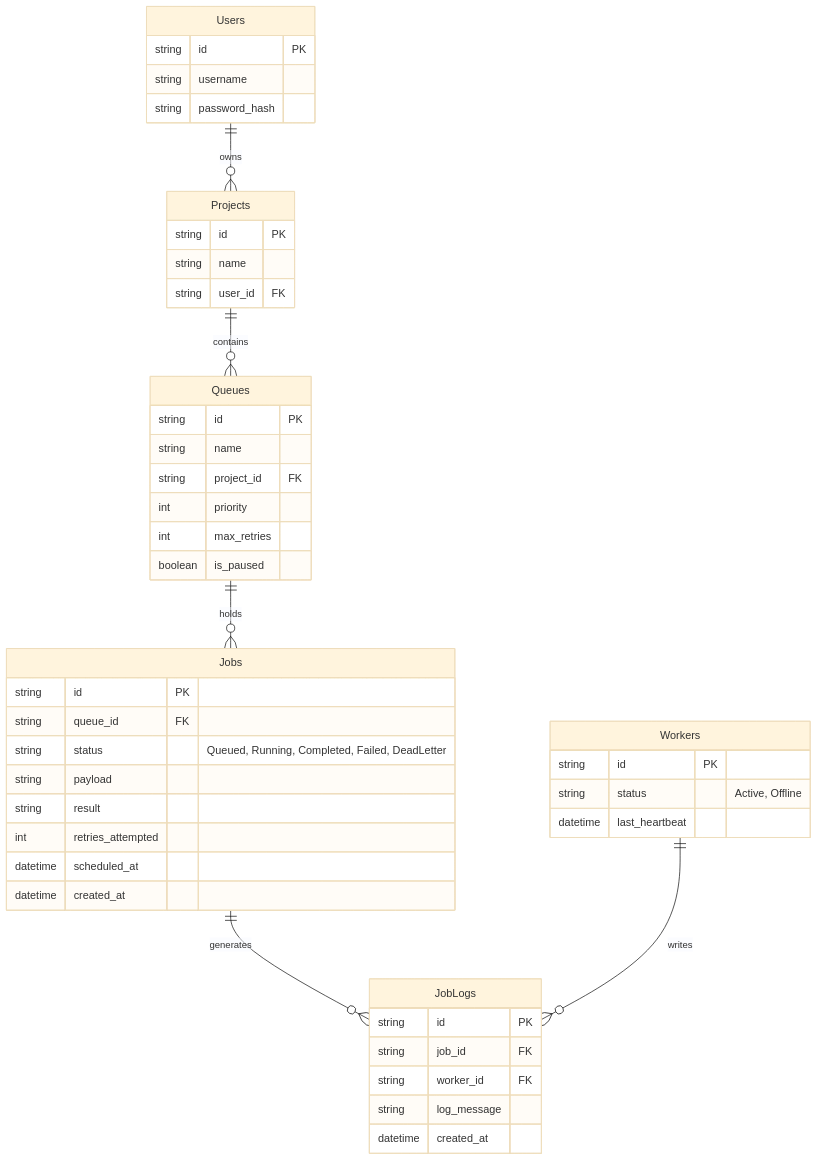
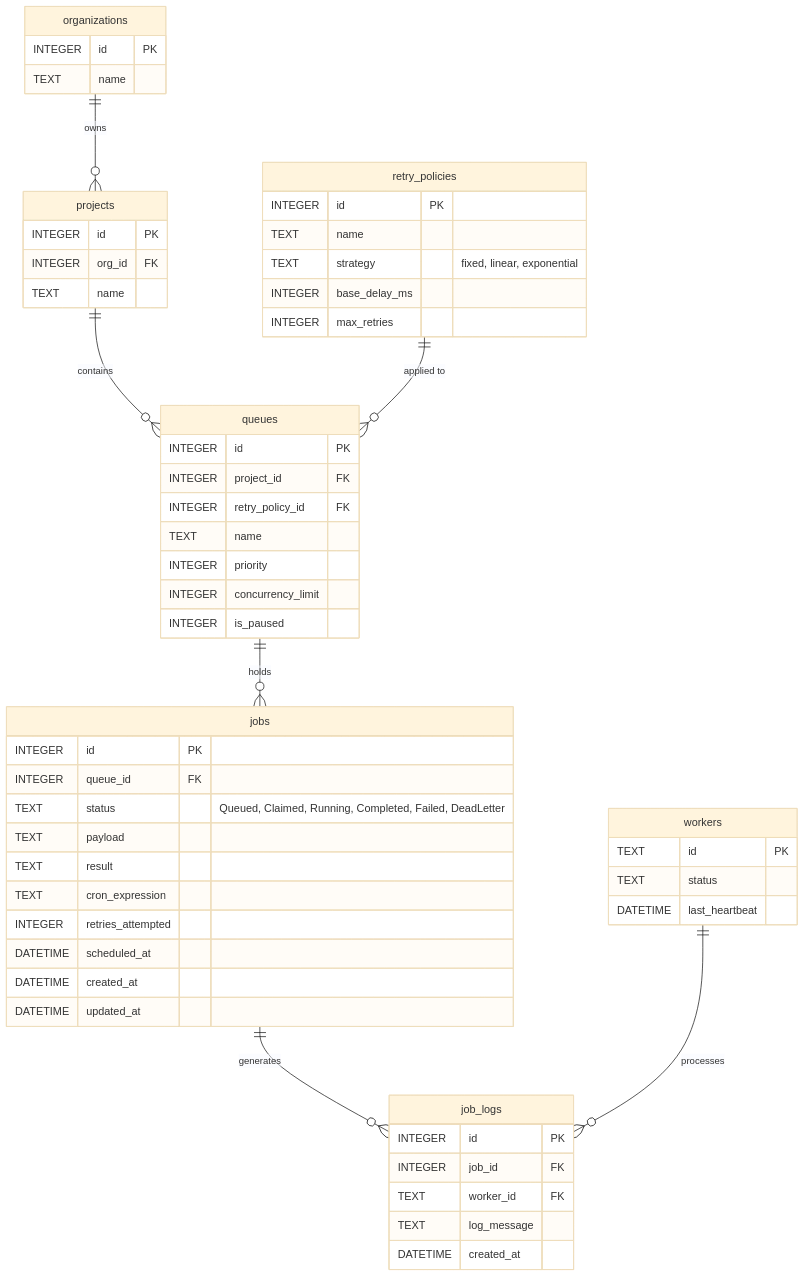
Before and after one commit to bhav1010/Distributed-Job-Scheduler: the diagram in docs/er_diagram.md, drawn with Mermaid (base theme). The commit also changed other lines of this file and 4 other files, not shown here.

Commit message:
Finalize missing rubric items: Worker Concurrency limits, manual retry, execution logs, delayed jobs, and DB indexes

````diff
--- a/docs/er_diagram.md
+++ b/docs/er_diagram.md
@@ -3,54 +5,64 @@
 ```mermaid
 erDiagram
-    Users {
-        string id PK
-        string username
-        string password_hash
-    }
-    
-    Projects {
-        string id PK
-        string name
-        string user_id FK
-    }
-    
-    Queues {
-        string id PK
-        string name
-        string project_id FK
-        int priority
-        int max_retries
-        boolean is_paused
-    }
-    
-    Jobs {
-        string id PK
-        string queue_id FK
-        string status "Queued, Running, Completed, Failed, DeadLetter"
-        string payload
-        string result
-        int retries_attempted
-        datetime scheduled_at
-        datetime created_at
+    organizations ||--o{ projects : "owns"
+    organizations {
+        INTEGER id PK
+        TEXT name
     }
 
-    Workers {
-        string id PK
-        string status "Active, Offline"
-        datetime last_heartbeat
+    projects ||--o{ queues : "contains"
+    projects {
+        INTEGER id PK
+        INTEGER org_id FK
+        TEXT name
     }
 
-    JobLogs {
-        string id PK
-        string job_id FK
-        string worker_id FK
-        string log_message
-        datetime created_at
+    retry_policies ||--o{ queues : "applied to"
+    retry_policies {
+        INTEGER id PK
+        TEXT name
+        TEXT strategy "fixed, linear, exponential"
+        INTEGER base_delay_ms
+        INTEGER max_retries
     }
 
-    Users ||--o{ Projects : owns
-    Projects ||--o{ Queues : contains
-    Queues ||--o{ Jobs : holds
-    Jobs ||--o{ JobLogs : generates
-    Workers ||--o{ JobLogs : writes
+    queues ||--o{ jobs : "holds"
+    queues {
+        INTEGER id PK
+        INTEGER project_id FK
+        INTEGER retry_policy_id FK
+        TEXT name
+        INTEGER priority
+        INTEGER concurrency_limit
+        INTEGER is_paused
+    }
+
+    jobs ||--o{ job_logs : "generates"
+    jobs {
+        INTEGER id PK
+        INTEGER queue_id FK
+        TEXT status "Queued, Claimed, Running, Completed, Failed, DeadLetter"
+        TEXT payload
+        TEXT result
+        TEXT cron_expression
+        INTEGER retries_attempted
+        DATETIME scheduled_at
+        DATETIME created_at
+        DATETIME updated_at
+    }
+
+    workers ||--o{ job_logs : "processes"
+    workers {
+        TEXT id PK
+        TEXT status
+        DATETIME last_heartbeat
+    }
+
+    job_logs {
+        INTEGER id PK
+        INTEGER job_id FK
+        TEXT worker_id FK
+        TEXT log_message
+        DATETIME created_at
+    }
 ```
````
